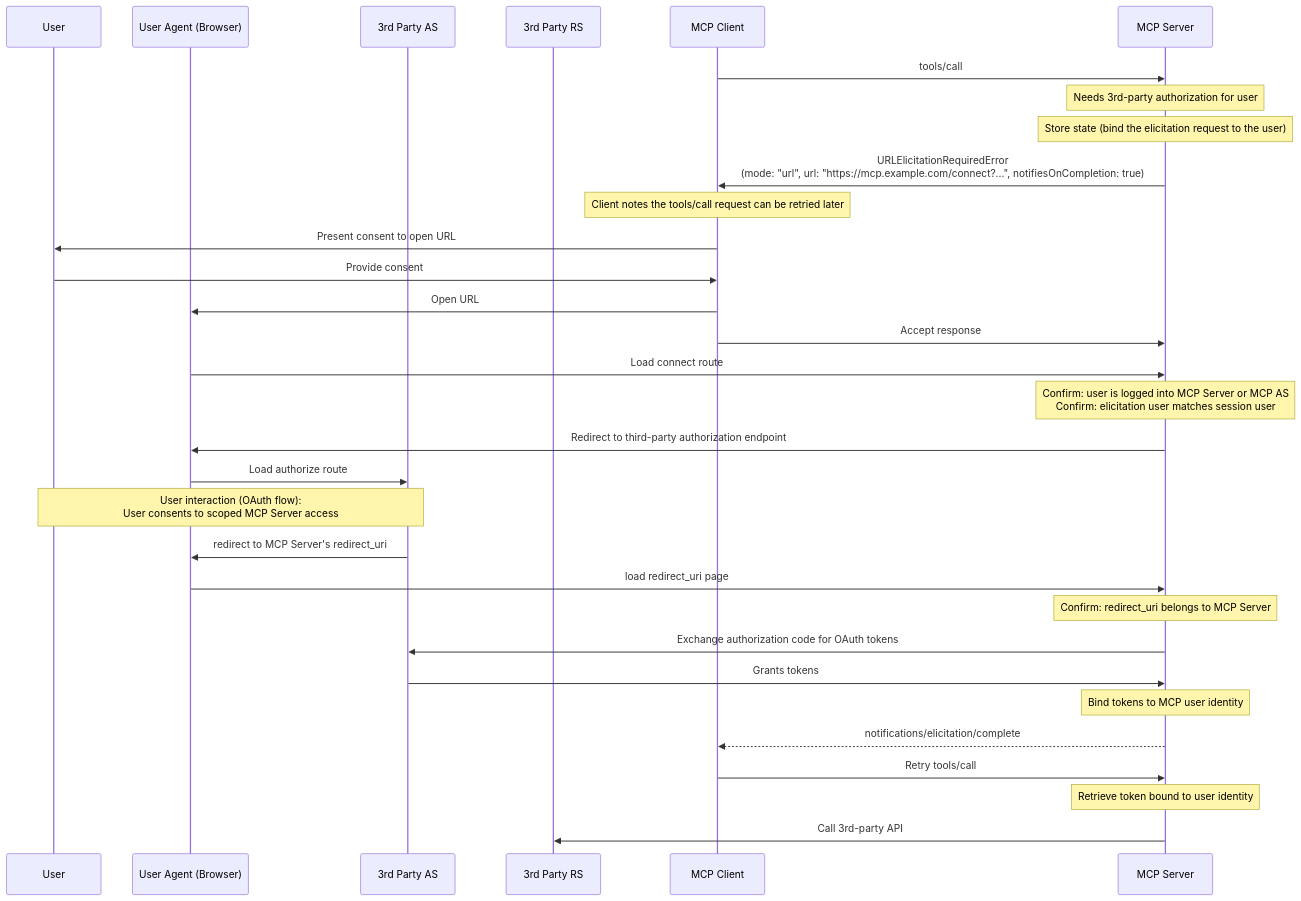
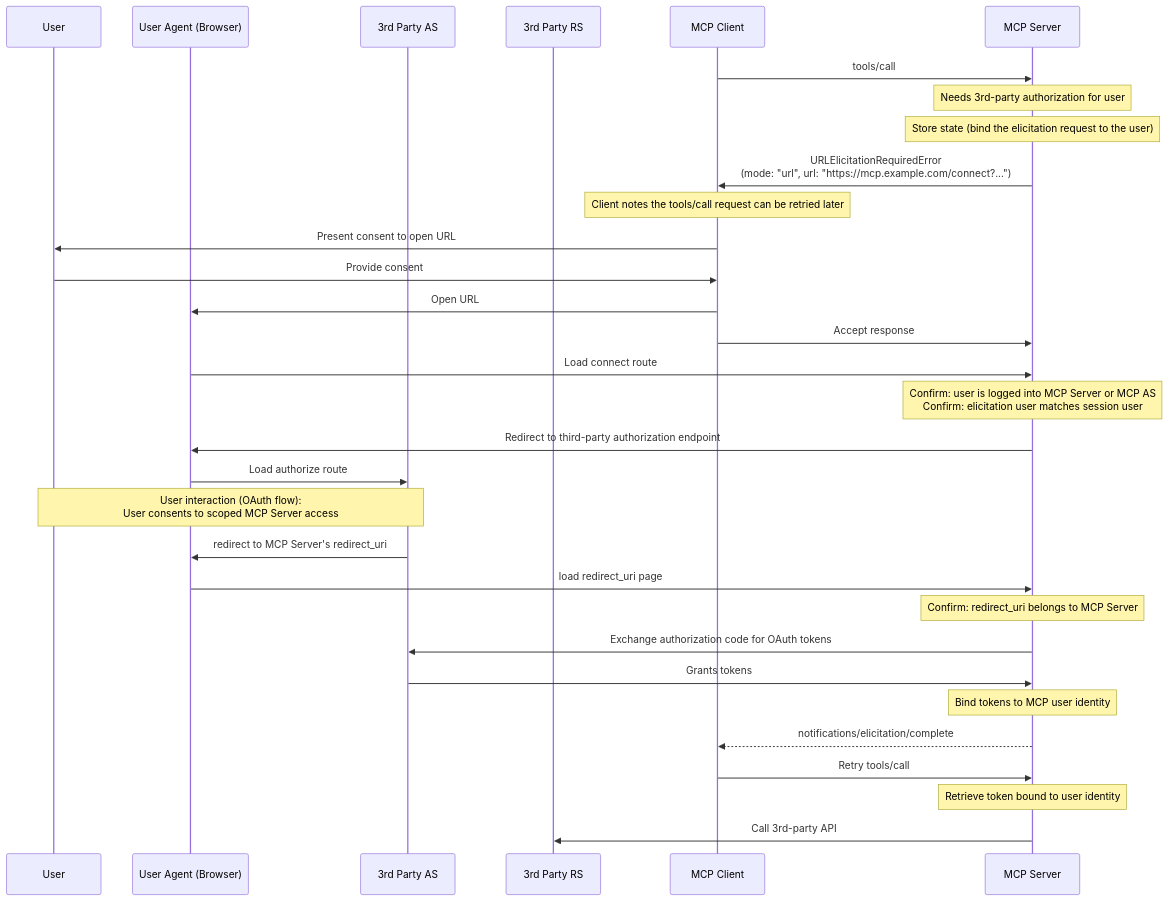
One commit to scottslewis/modelcontextprotocol changed the fourth of 4 diagrams in docs/specification/draft/client/elicitation.mdx. Above: the diagram before and after it, drawn with Mermaid. The commit also changed other lines of this file and 3 other files, not shown here.

````diff
--- a/docs/specification/draft/client/elicitation.mdx
+++ b/docs/specification/draft/client/elicitation.mdx
@@ -664,34 +648,34 @@
 ```mermaid
 sequenceDiagram
     participant User
     participant UserAgent as User Agent (Browser)
     participant 3AS as 3rd Party AS
     participant 3RS as 3rd Party RS
     participant Client as MCP Client
     participant Server as MCP Server
 
     Client->>Server: tools/call
     Note over Server: Needs 3rd-party authorization for user
     Note over Server: Store state (bind the elicitation request to the user)
-    Server->>Client: URLElicitationRequiredError<br> (mode: "url", url: "https://mcp.example.com/connect?...", notifiesOnCompletion: true)
+    Server->>Client: URLElicitationRequiredError<br> (mode: "url", url: "https://mcp.example.com/connect?...")
     Note over Client: Client notes the tools/call request can be retried later
     Client->>User: Present consent to open URL
     User->>Client: Provide consent
     Client->>UserAgent: Open URL
     Client->>Server: Accept response
     UserAgent->>Server: Load connect route
     Note over Server: Confirm: user is logged into MCP Server or MCP AS<br>Confirm: elicitation user matches session user
     Server->>UserAgent: Redirect to third-party authorization endpoint
     UserAgent->>3AS: Load authorize route
     Note over 3AS,User: User interaction (OAuth flow):<br>User consents to scoped MCP Server access
     3AS->>UserAgent: redirect to MCP Server's redirect_uri
     UserAgent->>Server: load redirect_uri page
     Note over Server: Confirm: redirect_uri belongs to MCP Server
     Server->>3AS: Exchange authorization code for  OAuth tokens
     3AS->>Server: Grants tokens
     Note over Server: Bind tokens to MCP user identity
     Server-->>Client: notifications/elicitation/complete
     Client->>Server: Retry tools/call
     Note over Server: Retrieve token bound to user identity
     Server->>3RS: Call 3rd-party API
 ```
````
